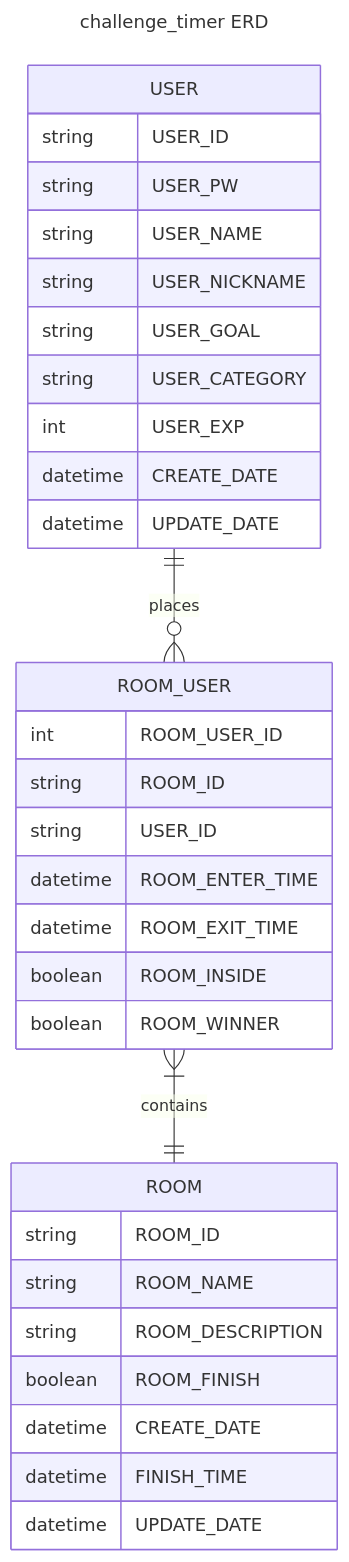
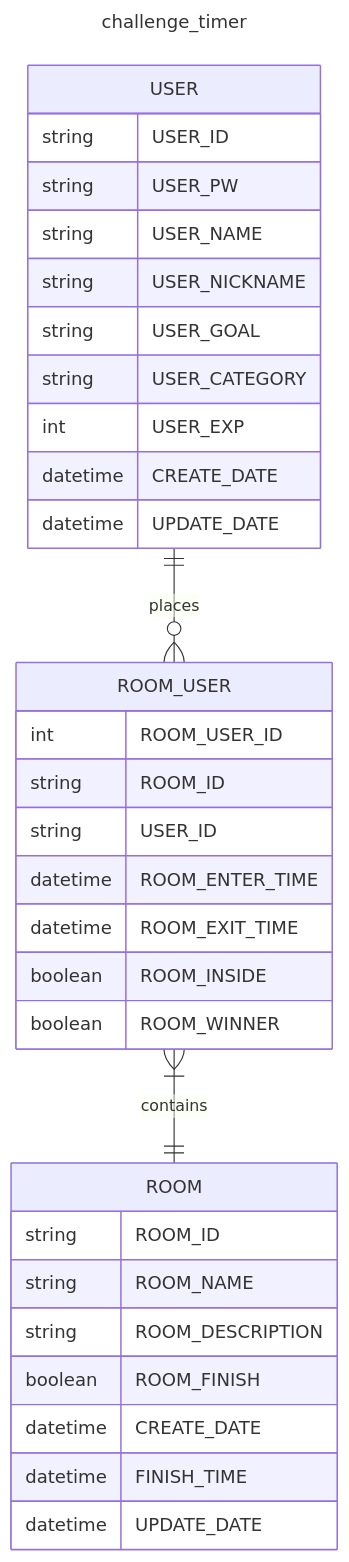
One commit to RendarCP/challenge_timer changed the diagram in README.md. Above: the diagram before and after it, drawn with Mermaid.

Commit message:
Update : 수정 README.md 수정

````diff
--- a/README.md
+++ b/README.md
@@ -55,38 +55,38 @@
 ```mermaid
 ---
-title: challenge_timer ERD
+title: challenge_timer
 ---
 erDiagram
     USER ||--o{ ROOM_USER : places
     USER {
         string USER_ID
         string USER_PW
         string USER_NAME
         string USER_NICKNAME
         string USER_GOAL
         string USER_CATEGORY
         int USER_EXP
         datetime CREATE_DATE
         datetime UPDATE_DATE
     }
     ROOM_USER }|--|| ROOM : contains
     ROOM_USER {
         int ROOM_USER_ID
         string ROOM_ID
         string USER_ID
         datetime ROOM_ENTER_TIME
         datetime ROOM_EXIT_TIME
         boolean ROOM_INSIDE
         boolean ROOM_WINNER
     }
     ROOM {
         string ROOM_ID
         string ROOM_NAME
         string ROOM_DESCRIPTION
         boolean ROOM_FINISH
         datetime CREATE_DATE
         datetime FINISH_TIME
         datetime UPDATE_DATE
     }
 
 ```
````
